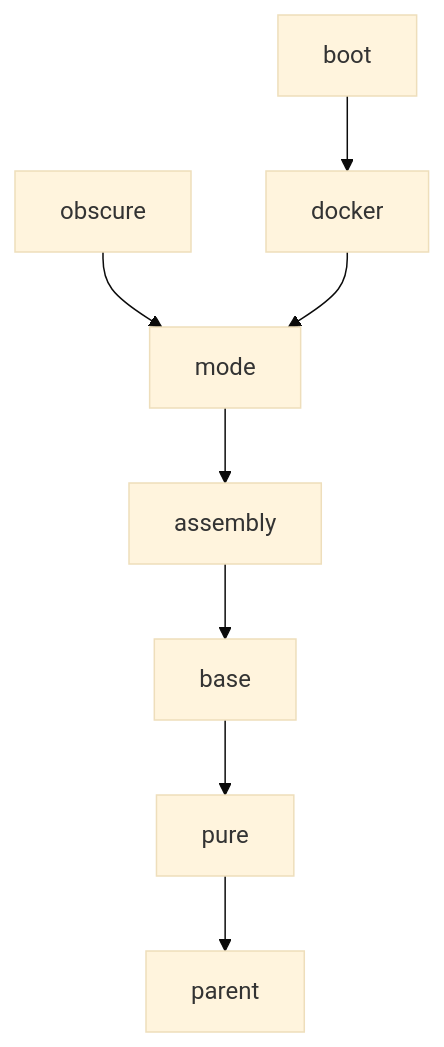
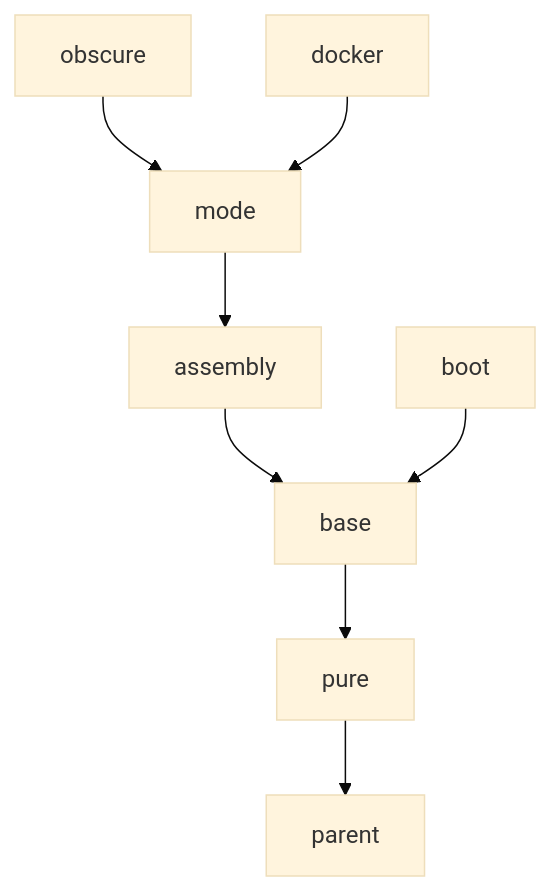
Before and after one commit to dbstar-org/parent: the diagram in README.md, drawn with Mermaid (base theme). The commit also changed other lines of this file and 1 other file, not shown here.

Commit message:
boot parent调整，与文档完善

````diff
--- a/README.md
+++ b/README.md
@@ -31,10 +32,10 @@
 ```mermaid
 graph TD;
     pure-->parent;
     base-->pure;
     assembly-->base;
     mode-->assembly;
     obscure-->mode;
+    boot-->base;
     docker-->mode;
-    boot-->docker;
 ```
````
